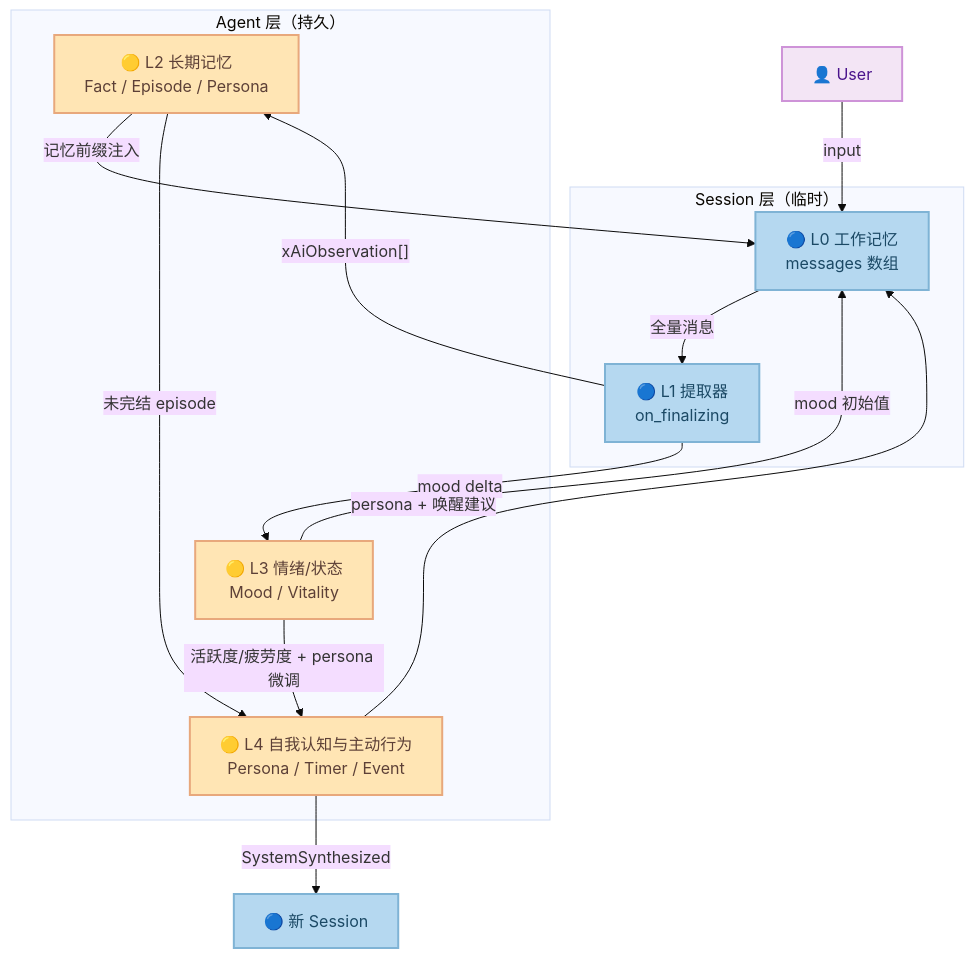
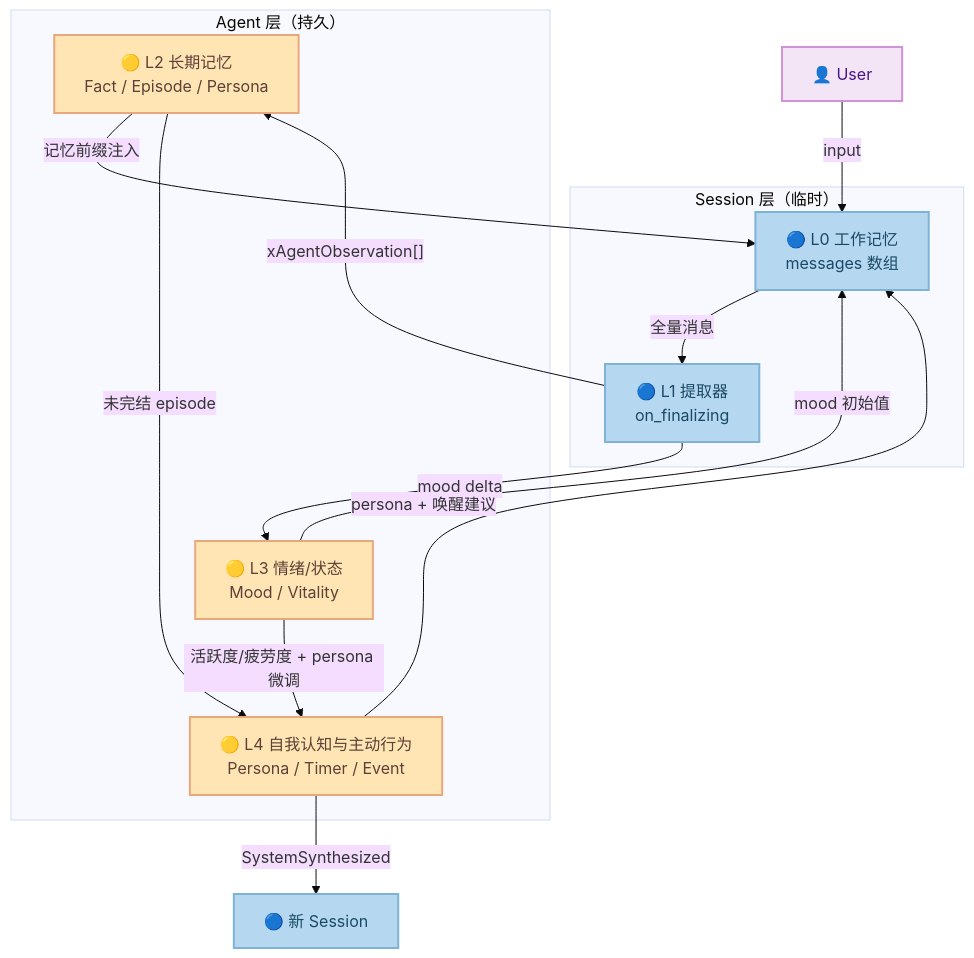
The diagram in docs/design/layered-memory.md (mivinci/DownloadKit), drawn with Mermaid (base theme) before and after one commit. The commit also changed other lines of this file and 2261 other files, not shown here.

````diff
--- a/docs/design/layered-memory.md
+++ b/docs/design/layered-memory.md
@@ -368,35 +368,35 @@
 ```mermaid
 graph TB
   subgraph "Agent 层（持久）"
     L2["🟡 L2 长期记忆<br/>Fact / Episode / Persona"]
     L3["🟡 L3 情绪/状态<br/>Mood / Vitality"]
     L4["🟡 L4 自我认知与主动行为<br/>Persona / Timer / Event"]
   end
 
   subgraph "Session 层（临时）"
     L1_extract["🔵 L1 提取器<br/>on_finalizing"]
     L0["🔵 L0 工作记忆<br/>messages 数组"]
   end
 
   U["👤 User"] -->|"input"| L0
   L0 -->|"全量消息"| L1_extract
-  L1_extract -->|"xAiObservation[]"| L2
+  L1_extract -->|"xAgentObservation[]"| L2
   L1_extract -->|"mood delta"| L3
 
   L2 -->|"记忆前缀注入"| L0
   L3 -->|"mood 初始值"| L0
   L4 -->|"persona + 唤醒建议"| L0
 
   L3 -->|"活跃度/疲劳度 + persona 微调"| L4
   L2 -->|"未完结 episode"| L4
 
   L4 -->|"SystemSynthesized"| NEW_SESS["🔵 新 Session"]
 
   style L2 fill:#FFE5B4,stroke:#E8A87C,color:#5D4037,stroke-width:2px
   style L3 fill:#FFE5B4,stroke:#E8A87C,color:#5D4037,stroke-width:2px
   style L4 fill:#FFE5B4,stroke:#E8A87C,color:#5D4037,stroke-width:2px
   style L1_extract fill:#B5D8F0,stroke:#7FB3D5,color:#1B4965,stroke-width:2px
   style L0 fill:#B5D8F0,stroke:#7FB3D5,color:#1B4965,stroke-width:2px
   style U fill:#F3E5F5,stroke:#CE93D8,color:#4A148C,stroke-width:2px
   style NEW_SESS fill:#B5D8F0,stroke:#7FB3D5,color:#1B4965,stroke-width:2px
 ```
````
